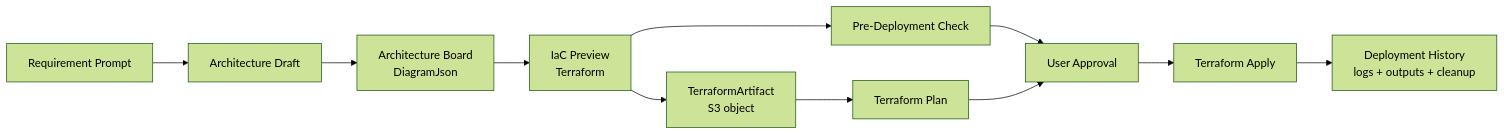
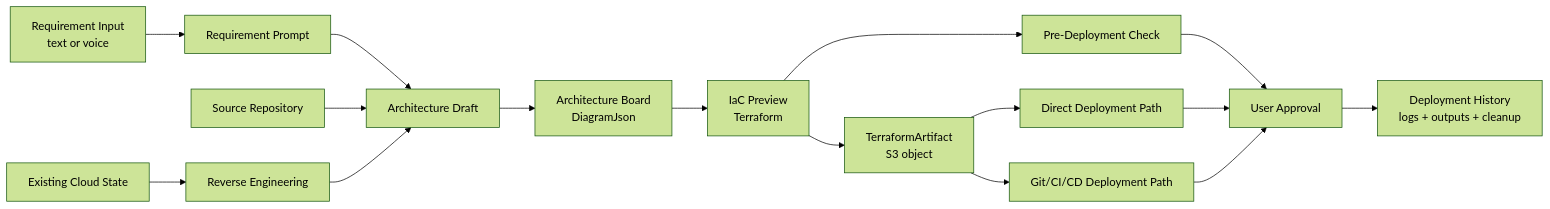
One commit to NearthYou/SketchCatch changed the second of 2 diagrams in docs/architecture.md. Above: the diagram before and after it, drawn with Mermaid (forest theme). The commit also changed other lines of this file and 14 other files, not shown here.

````diff
--- a/docs/architecture.md
+++ b/docs/architecture.md
@@ -80,13 +90,18 @@
 ```mermaid
 flowchart LR
-  Prompt["Requirement Prompt"] --> Draft["Architecture Draft"]
+  Input["Requirement Input\ntext or voice"] --> Prompt["Requirement Prompt"]
+  Prompt --> Draft["Architecture Draft"]
+  Repo["Source Repository"] --> Draft
+  Existing["Existing Cloud State"] --> Reverse["Reverse Engineering"]
+  Reverse --> Draft
   Draft --> Board["Architecture Board\nDiagramJson"]
   Board --> IaC["IaC Preview\nTerraform"]
   IaC --> Check["Pre-Deployment Check"]
   IaC --> Artifact["TerraformArtifact\nS3 object"]
-  Artifact --> Plan["Terraform Plan"]
+  Artifact --> Direct["Direct Deployment Path"]
+  Artifact --> Git["Git/CI/CD Deployment Path"]
   Check --> Approval["User Approval"]
-  Plan --> Approval
-  Approval --> Apply["Terraform Apply"]
-  Apply --> History["Deployment History\nlogs + outputs + cleanup"]
+  Direct --> Approval
+  Git --> Approval
+  Approval --> History["Deployment History\nlogs + outputs + cleanup"]
 ```
````
